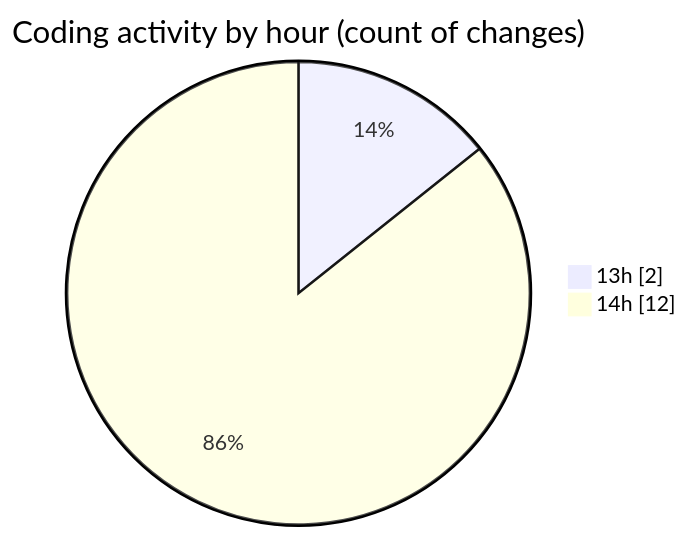
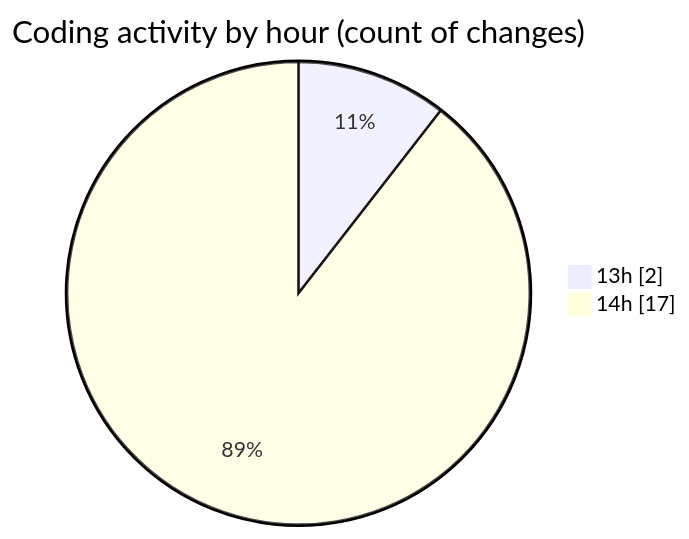
One commit to nxtqubesakshisongat/code-tracking changed the second of 2 diagrams in 2025-05-31/nxtqube_webapp/README.md. Above: the diagram before and after it, drawn with Mermaid. The commit also changed other lines of this file and 1 other file, not shown here.

````diff
--- a/2025-05-31/nxtqube_webapp/README.md
+++ b/2025-05-31/nxtqube_webapp/README.md
@@ -30,6 +30,6 @@
 ```mermaid
 pie showData
 title Coding activity by hour (count of changes)
 "13h" : 2
-"14h" : 12
+"14h" : 17
 ```
````
